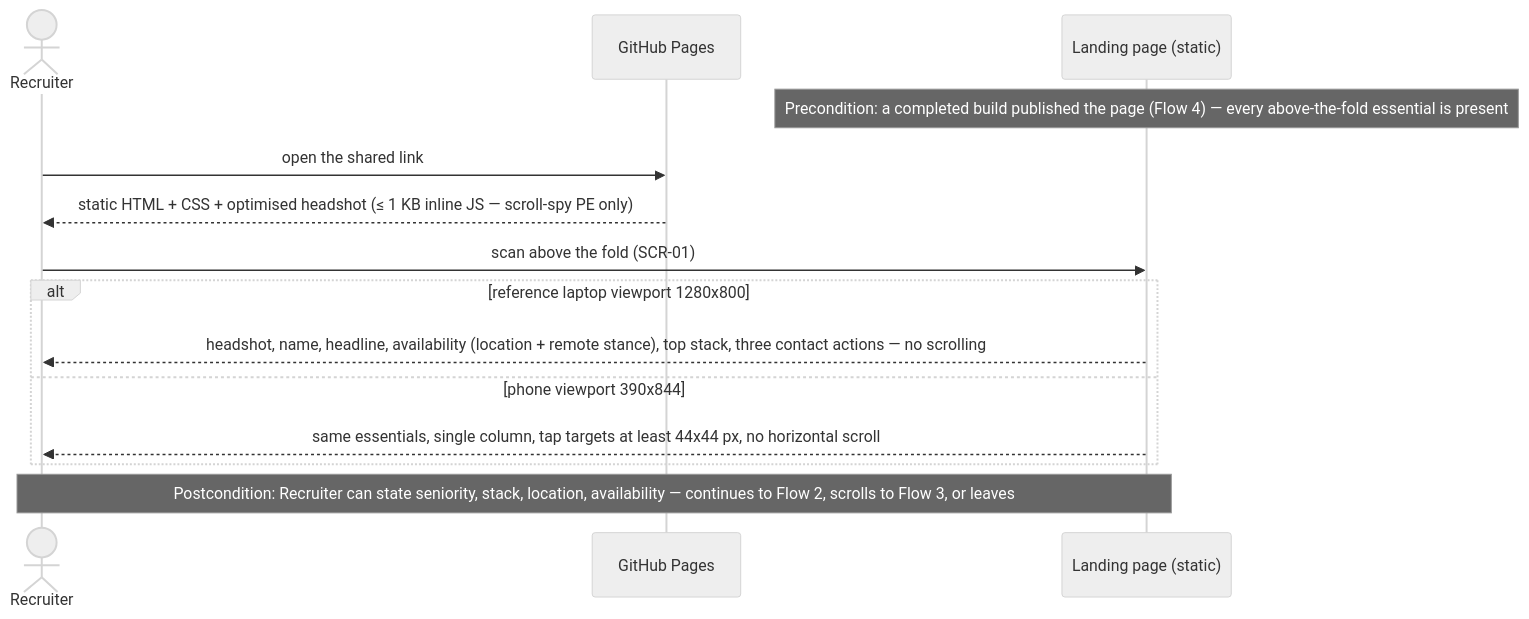
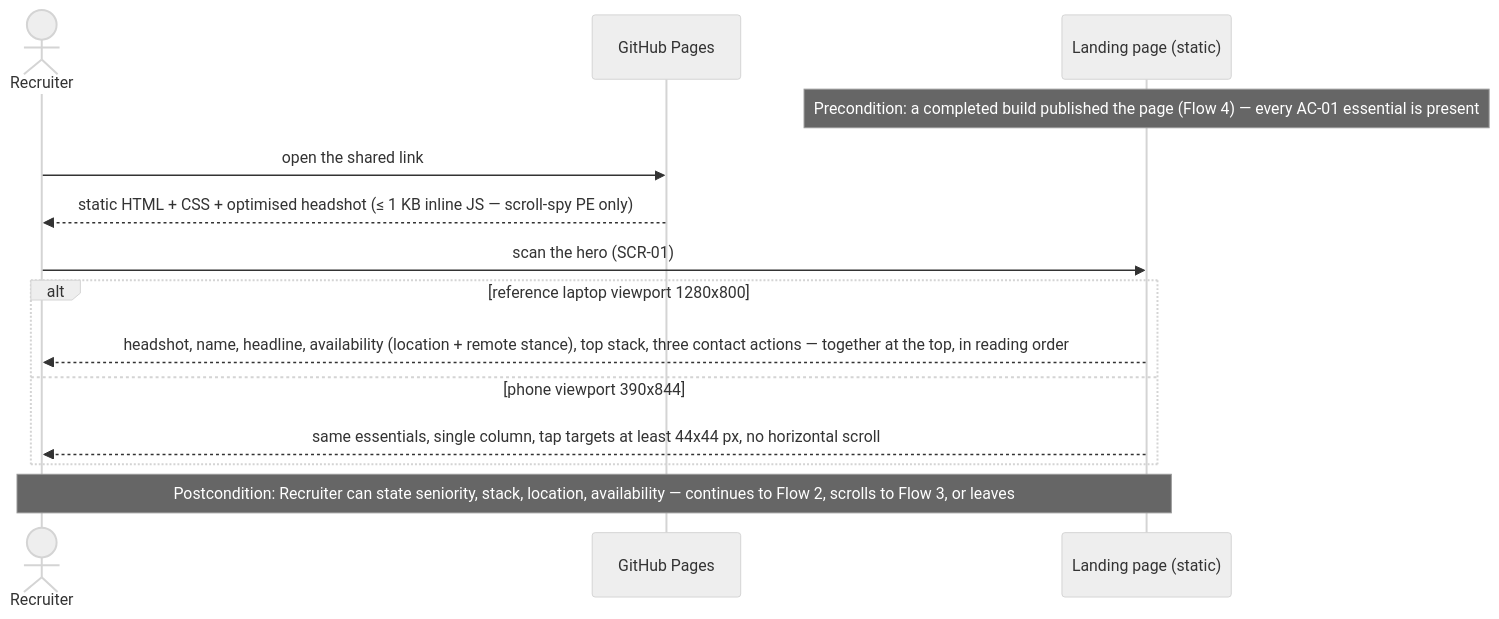
Before and after one commit to financeasist/personal-page: the third of 6 diagrams in docs/features/personal-landing/sad.md, drawn with Mermaid (neutral theme). The commit also changed other lines of this file and 7 other files, not shown here.

````diff
--- a/docs/features/personal-landing/sad.md
+++ b/docs/features/personal-landing/sad.md
@@ -199,16 +203,16 @@
 ```mermaid
 sequenceDiagram
     actor Recruiter
     participant Pages as GitHub Pages
     participant Page as Landing page (static)
-    Note over Page: Precondition: a completed build published the page (Flow 4) — every above-the-fold essential is present
+    Note over Page: Precondition: a completed build published the page (Flow 4) — every AC-01 essential is present
     Recruiter->>Pages: open the shared link
     Pages-->>Recruiter: static HTML + CSS + optimised headshot (≤ 1 KB inline JS — scroll-spy PE only)
-    Recruiter->>Page: scan above the fold (SCR-01)
+    Recruiter->>Page: scan the hero (SCR-01)
     alt reference laptop viewport 1280x800
-        Page-->>Recruiter: headshot, name, headline, availability (location + remote stance), top stack, three contact actions — no scrolling
+        Page-->>Recruiter: headshot, name, headline, availability (location + remote stance), top stack, three contact actions — together at the top, in reading order
     else phone viewport 390x844
         Page-->>Recruiter: same essentials, single column, tap targets at least 44x44 px, no horizontal scroll
     end
     Note over Recruiter,Page: Postcondition: Recruiter can state seniority, stack, location, availability — continues to Flow 2, scrolls to Flow 3, or leaves
 ```
````
